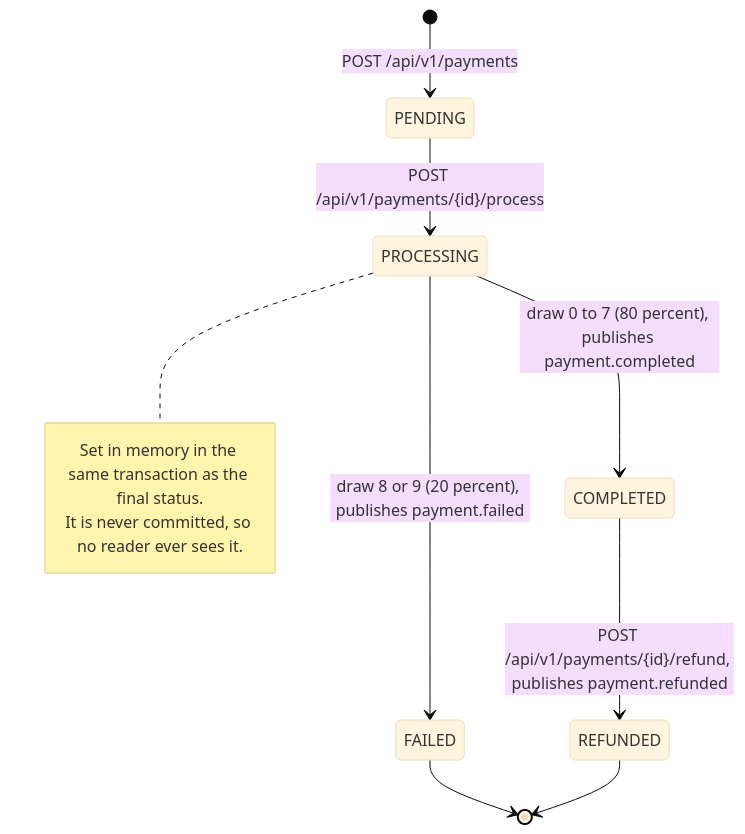
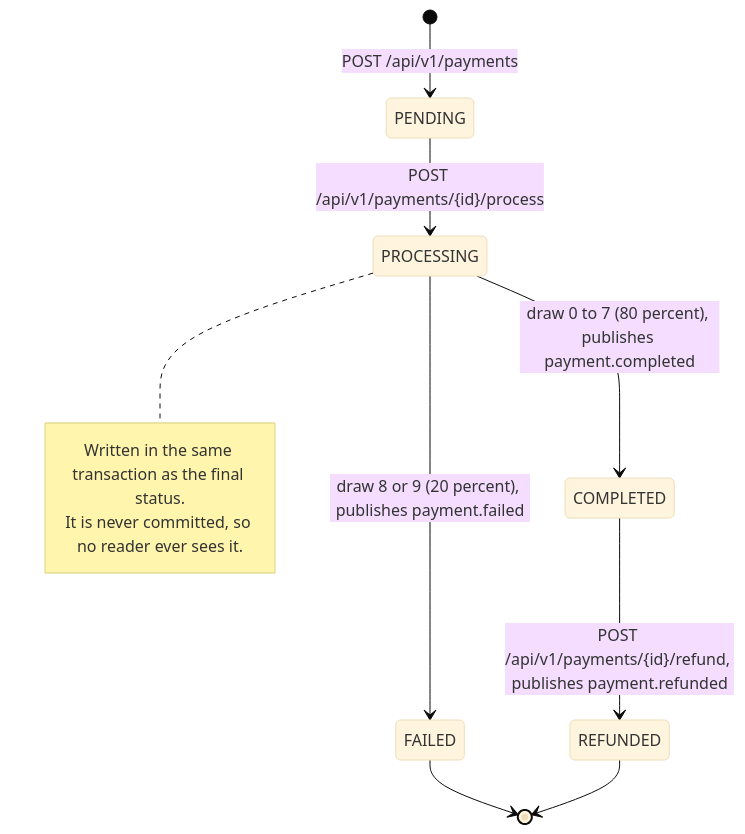
One commit to bmcnpnr/ecommerce-platform changed the second of 3 diagrams in docs/services/payment-service.md. Above: the diagram before and after it, drawn with Mermaid (base theme). The commit also changed other lines of this file and 58 other files, not shown here.

````diff
--- a/docs/services/payment-service.md
+++ b/docs/services/payment-service.md
@@ -98,14 +102,14 @@
 ```mermaid
 stateDiagram-v2
     [*] --> PENDING: POST /api/v1/payments
     PENDING --> PROCESSING: POST /api/v1/payments/{id}/process
     PROCESSING --> COMPLETED: draw 0 to 7 (80 percent), publishes payment.completed
     PROCESSING --> FAILED: draw 8 or 9 (20 percent), publishes payment.failed
     COMPLETED --> REFUNDED: POST /api/v1/payments/{id}/refund, publishes payment.refunded
     FAILED --> [*]
     REFUNDED --> [*]
     note right of PROCESSING
-        Set in memory in the same transaction as the final status.
+        Written in the same transaction as the final status.
         It is never committed, so no reader ever sees it.
     end note
 ```
````
